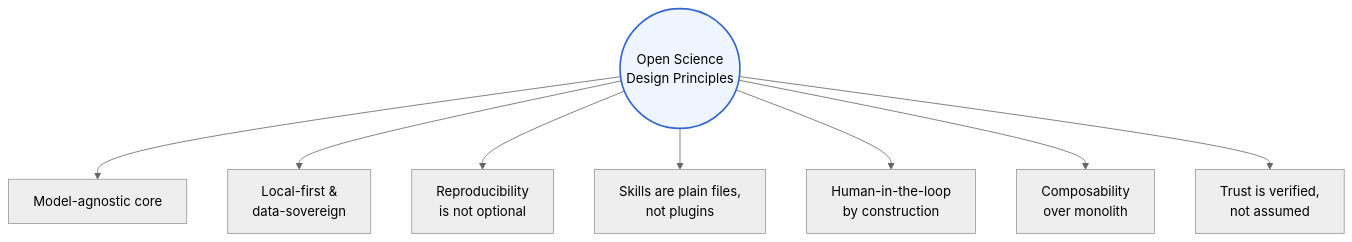
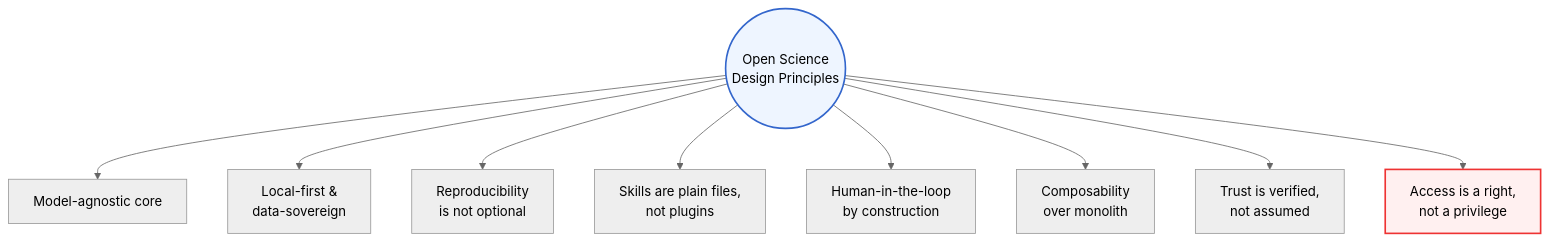
Before and after one commit to roxi3906/open-science: the second of 5 diagrams in README.md, drawn with Mermaid (neutral theme). The commit also changed other lines of this file, not shown here.

First line of the commit message:
Foreground the "science is not a privilege" thesis throughout

````diff
--- a/README.md
+++ b/README.md
@@ -95,13 +104,15 @@
 ```mermaid
 flowchart TD
     Core((Open Science<br/>Design Principles))
     Core --> P1["Model-agnostic core"]
     Core --> P2["Local-first &<br/>data-sovereign"]
     Core --> P3["Reproducibility<br/>is not optional"]
     Core --> P4["Skills are plain files,<br/>not plugins"]
     Core --> P5["Human-in-the-loop<br/>by construction"]
     Core --> P6["Composability<br/>over monolith"]
     Core --> P7["Trust is verified,<br/>not assumed"]
+    Core --> P8["Access is a right,<br/>not a privilege"]
 
     style Core fill:#eef5ff,stroke:#3366cc,stroke-width:2px
+    style P8 fill:#fff0f0,stroke:#e33,stroke-width:2px
 ```
````
